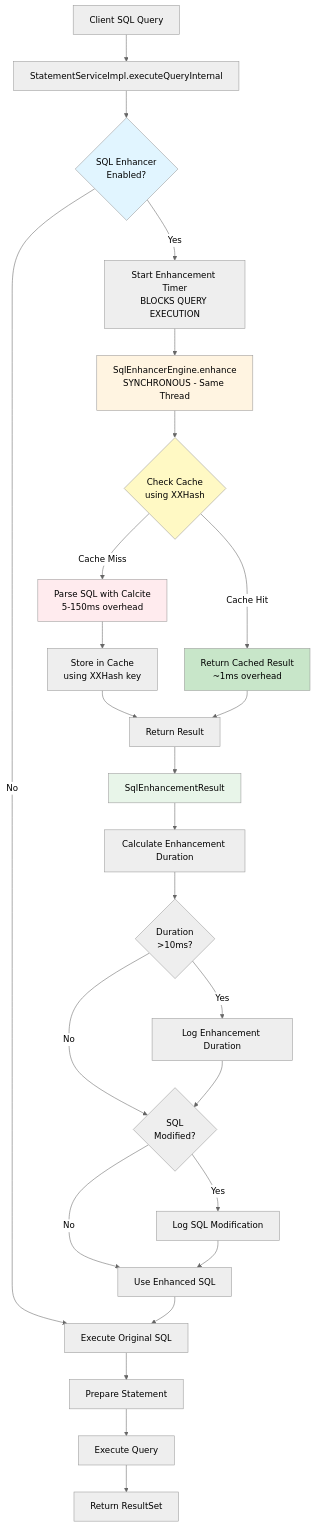
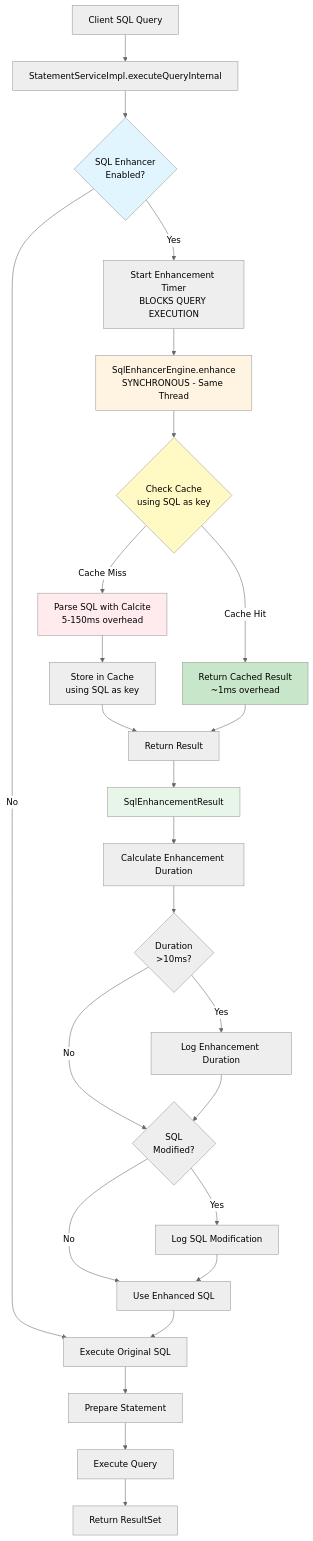
The first of 9 diagrams in documents/analysis/SQL_ENHANCER_ENGINE_ANALYSIS.md (jenspapenhagen/ojp), drawn with Mermaid (neutral theme) before and after one commit. The commit also changed other lines of this file and 2 other files, not shown here.

Commit message:
Remove XXHash from SQL Enhancer Engine and use original SQL as cache keys

````diff
--- a/documents/analysis/SQL_ENHANCER_ENGINE_ANALYSIS.md
+++ b/documents/analysis/SQL_ENHANCER_ENGINE_ANALYSIS.md
@@ -234,42 +234,42 @@
 ```mermaid
 flowchart TD
     Start[Client SQL Query] --> Entry[StatementServiceImpl.executeQueryInternal]
     Entry --> CheckEnabled{SQL Enhancer<br/>Enabled?}
     
     CheckEnabled -->|No| DirectExec[Execute Original SQL]
     CheckEnabled -->|Yes| StartTiming[Start Enhancement Timer<br/>BLOCKS QUERY EXECUTION]
     
     StartTiming --> Enhance[SqlEnhancerEngine.enhance<br/>SYNCHRONOUS - Same Thread]
     
-    Enhance --> CacheCheck{Check Cache<br/>using XXHash}
+    Enhance --> CacheCheck{Check Cache<br/>using SQL as key}
     CacheCheck -->|Cache Hit| FastPath[Return Cached Result<br/>~1ms overhead]
     CacheCheck -->|Cache Miss| Parse[Parse SQL with Calcite<br/>5-150ms overhead]
     
-    Parse --> CacheResult[Store in Cache<br/>using XXHash key]
+    Parse --> CacheResult[Store in Cache<br/>using SQL as key]
     CacheResult --> ParseDone[Return Result]
     FastPath --> ParseDone
     
     ParseDone --> EnhanceResult[SqlEnhancementResult]
     EnhanceResult --> StopTiming[Calculate Enhancement Duration]
     
     StopTiming --> LogIfLong{Duration<br/>>10ms?}
     LogIfLong -->|Yes| LogDuration[Log Enhancement Duration]
     LogIfLong -->|No| CheckModified{SQL<br/>Modified?}
     
     LogDuration --> CheckModified
     CheckModified -->|Yes| LogMod[Log SQL Modification]
     CheckModified -->|No| UseSQL[Use Enhanced SQL]
     
     LogMod --> UseSQL
     UseSQL --> DirectExec
     DirectExec --> PrepStmt[Prepare Statement]
     PrepStmt --> Execute[Execute Query]
     Execute --> Return[Return ResultSet]
     
     style CheckEnabled fill:#e1f5ff
     style Enhance fill:#fff4e1
     style FastPath fill:#c8e6c9
     style Parse fill:#ffebee
     style EnhanceResult fill:#e8f5e9
     style CacheCheck fill:#fff9c4
 ```
````
